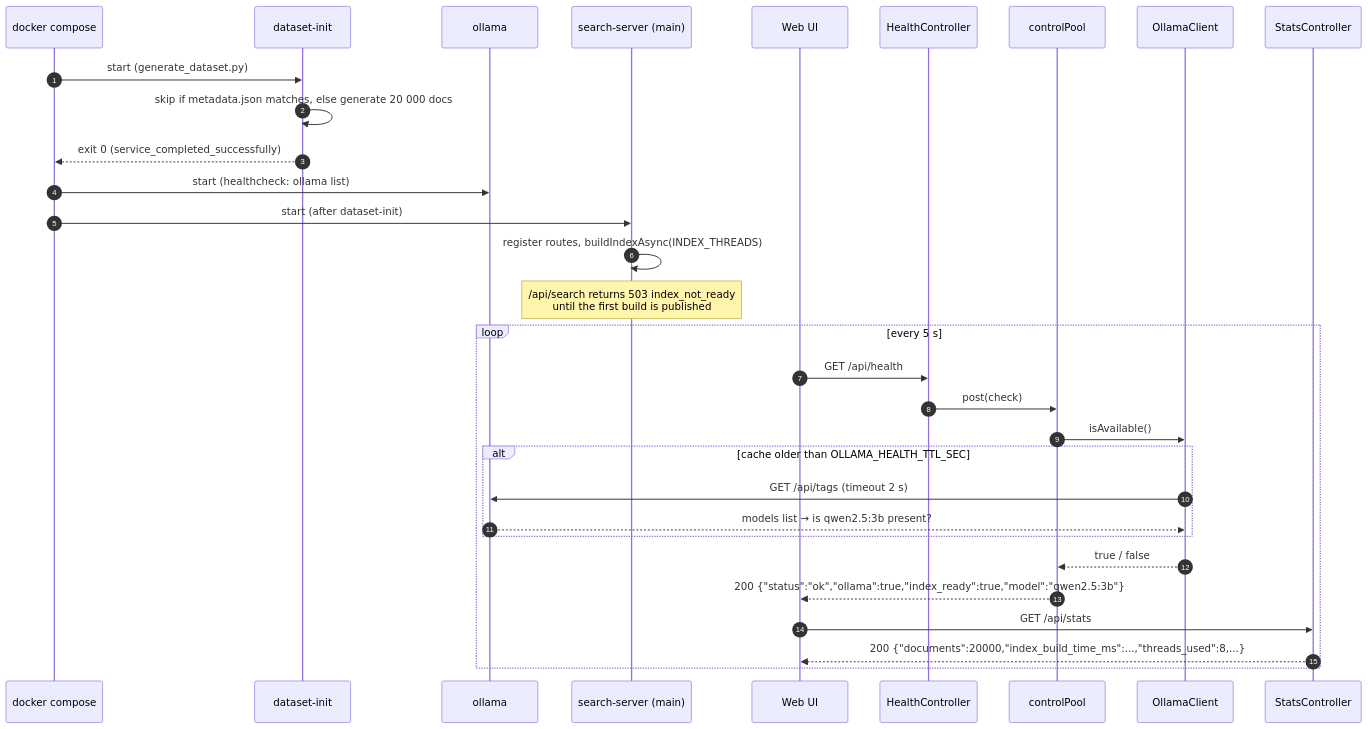
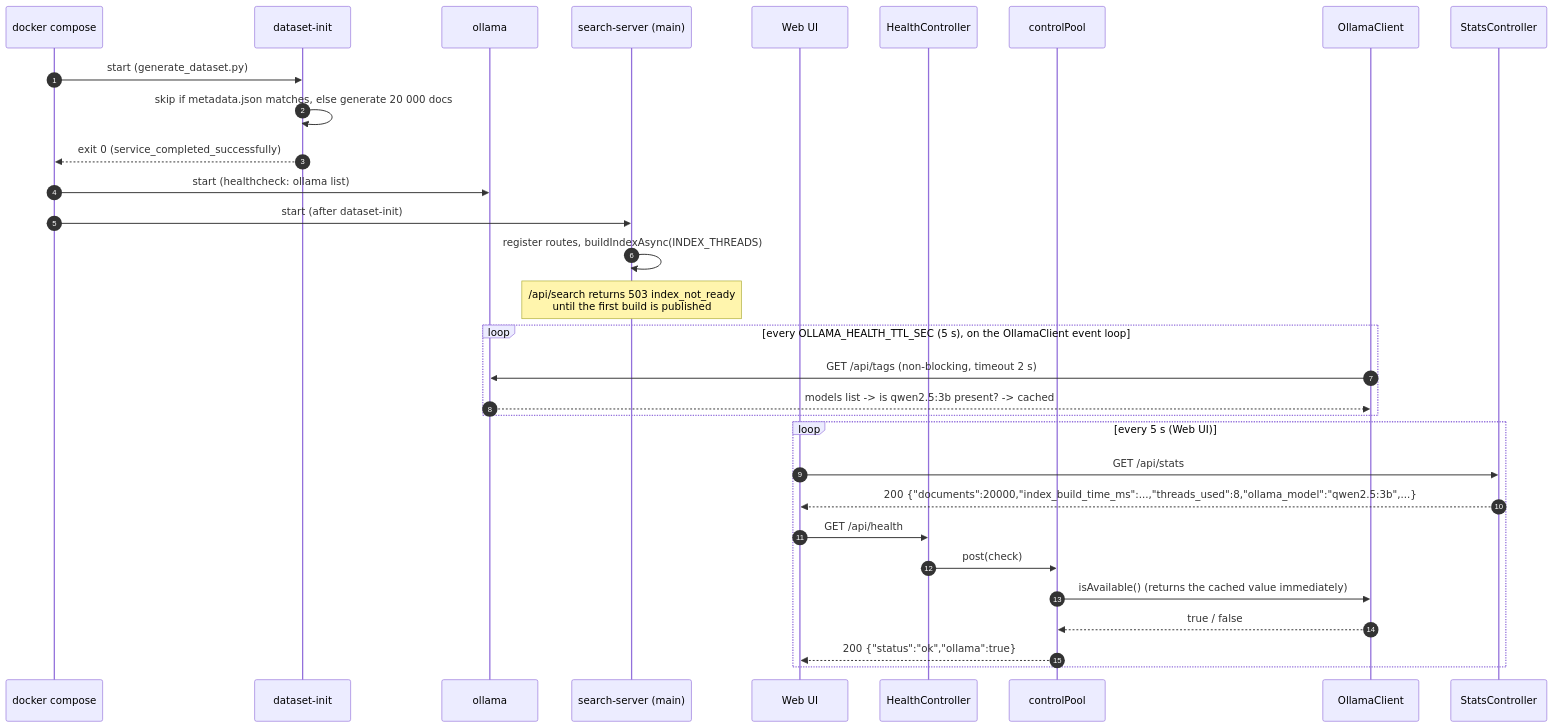
One commit to riki1337228/course_work_parallel_computing changed the diagram in docs/uml/seq_health_stats.mmd. Above: the diagram before and after it, drawn with Mermaid. The commit also changed 12 other files, not shown here.

Commit message:
docs(uml): add CLI and benchmark sequence diagrams, update for LLM bulkhead

```diff
--- a/docs/uml/seq_health_stats.mmd
+++ b/docs/uml/seq_health_stats.mmd
@@ -1,34 +1,34 @@
 %% Sequence: status polling of the Web UI (GET /api/health, GET /api/stats) and system startup
 sequenceDiagram
     autonumber
     participant DC as docker compose
     participant DI as dataset-init
     participant O as ollama
     participant S as search-server (main)
     participant UI as Web UI
     participant HC as HealthController
     participant CP as controlPool
     participant OC as OllamaClient
     participant ST as StatsController
 
     DC->>DI: start (generate_dataset.py)
     DI->>DI: skip if metadata.json matches, else generate 20 000 docs
     DI-->>DC: exit 0 (service_completed_successfully)
     DC->>O: start (healthcheck: ollama list)
     DC->>S: start (after dataset-init)
     S->>S: register routes, buildIndexAsync(INDEX_THREADS)
     Note over S: /api/search returns 503 index_not_ready<br/>until the first build is published
 
-    loop every 5 s
+    loop every OLLAMA_HEALTH_TTL_SEC (5 s), on the OllamaClient event loop
+        OC->>O: GET /api/tags (non-blocking, timeout 2 s)
+        O-->>OC: models list -> is qwen2.5:3b present? -> cached
+    end
+    loop every 5 s (Web UI)
+        UI->>ST: GET /api/stats
+        ST-->>UI: 200 {"documents":20000,"index_build_time_ms":...,"threads_used":8,"ollama_model":"qwen2.5:3b",...}
         UI->>HC: GET /api/health
         HC->>CP: post(check)
-        CP->>OC: isAvailable()
-        alt cache older than OLLAMA_HEALTH_TTL_SEC
-            OC->>O: GET /api/tags (timeout 2 s)
-            O-->>OC: models list → is qwen2.5:3b present?
-        end
+        CP->>OC: isAvailable() (returns the cached value immediately)
         OC-->>CP: true / false
-        CP-->>UI: 200 {"status":"ok","ollama":true,"index_ready":true,"model":"qwen2.5:3b"}
-        UI->>ST: GET /api/stats
-        ST-->>UI: 200 {"documents":20000,"index_build_time_ms":...,"threads_used":8,...}
+        CP-->>UI: 200 {"status":"ok","ollama":true}
     end
```
